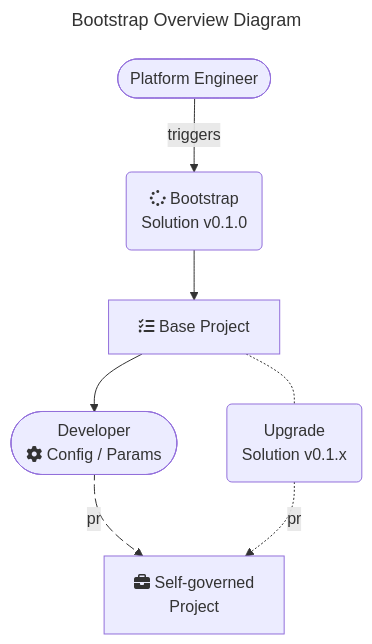
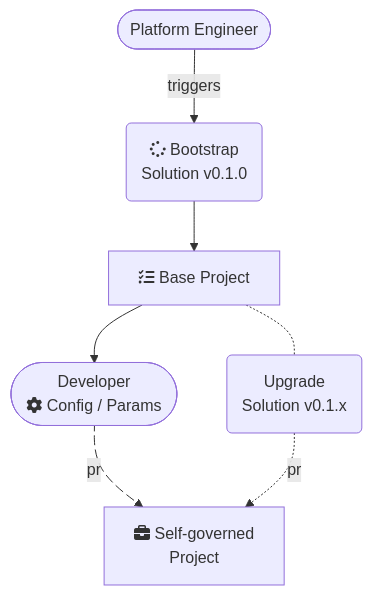
One commit to msc365/az-devops-governance changed the diagram in bootstrap/overview.mmd. Above: the diagram before and after it, drawn with Mermaid. The commit also changed 2 other files, not shown here.

Commit message:
docs(bootstrap): Set default theme configuration

```diff
--- a/bootstrap/overview.mmd
+++ b/bootstrap/overview.mmd
@@ -1,13 +1,14 @@
 ---
-title: Bootstrap Overview Diagram
 version: 0.1.0
 author: Martin Swinkels
+config:
+  theme: default
 ---
 flowchart TD
     A([Platform Engineer]) -->|triggers| B(fa:fa-spinner Bootstrap</br>Solution v0.1.0)
     B --> C[fa:fa-tasks Base Project]
     C --> D([Developer</br>fa:fa-cog Config / Params])
     C -.- E(Upgrade</br>Solution v0.1.x)
     D e1@-.->|pr| F[fa:fa-briefcase Self-governed</br>Project]
     e1@{ animate: true, animation: 'slow' }
     E -.->|pr| F
```
